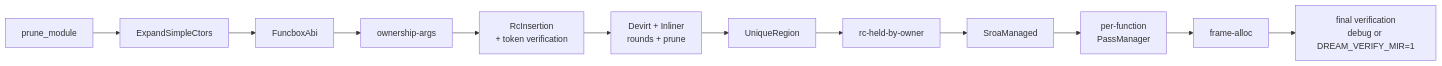
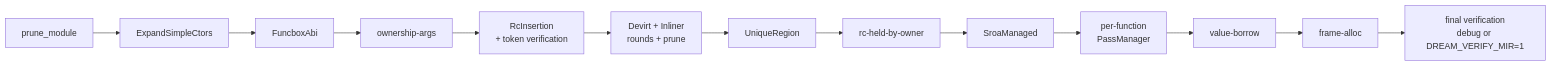
Before and after one commit to sps014/dream: the first of 2 diagrams in docs/internals/05-writing-passes.md, drawn with Mermaid. The commit also changed other lines of this file and 22 other files, not shown here.

````diff
--- a/docs/internals/05-writing-passes.md
+++ b/docs/internals/05-writing-passes.md
@@ -90,4 +90,4 @@
 ```mermaid
 flowchart LR
-    prune1[prune_module] --> expand[ExpandSimpleCtors] --> fbox[FuncboxAbi] --> args[ownership-args] --> rc[RcInsertion\n+ token verification] --> inline[Devirt + Inliner\nrounds + prune] --> ur[UniqueRegion] --> held[rc-held-by-owner] --> sm[SroaManaged] --> perfn[per-function\nPassManager] --> late[frame-alloc] --> verify[final verification\ndebug or DREAM_VERIFY_MIR=1]
+    prune1[prune_module] --> expand[ExpandSimpleCtors] --> fbox[FuncboxAbi] --> args[ownership-args] --> rc[RcInsertion\n+ token verification] --> inline[Devirt + Inliner\nrounds + prune] --> ur[UniqueRegion] --> held[rc-held-by-owner] --> sm[SroaManaged] --> perfn[per-function\nPassManager] --> vb[value-borrow] --> late[frame-alloc] --> verify[final verification\ndebug or DREAM_VERIFY_MIR=1]
 ```
````
